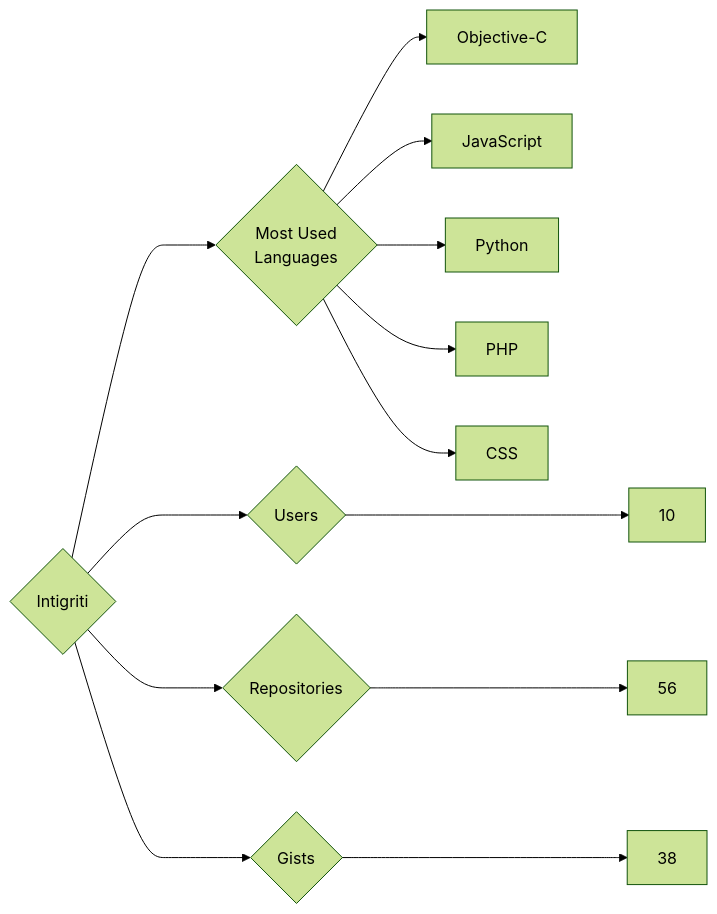
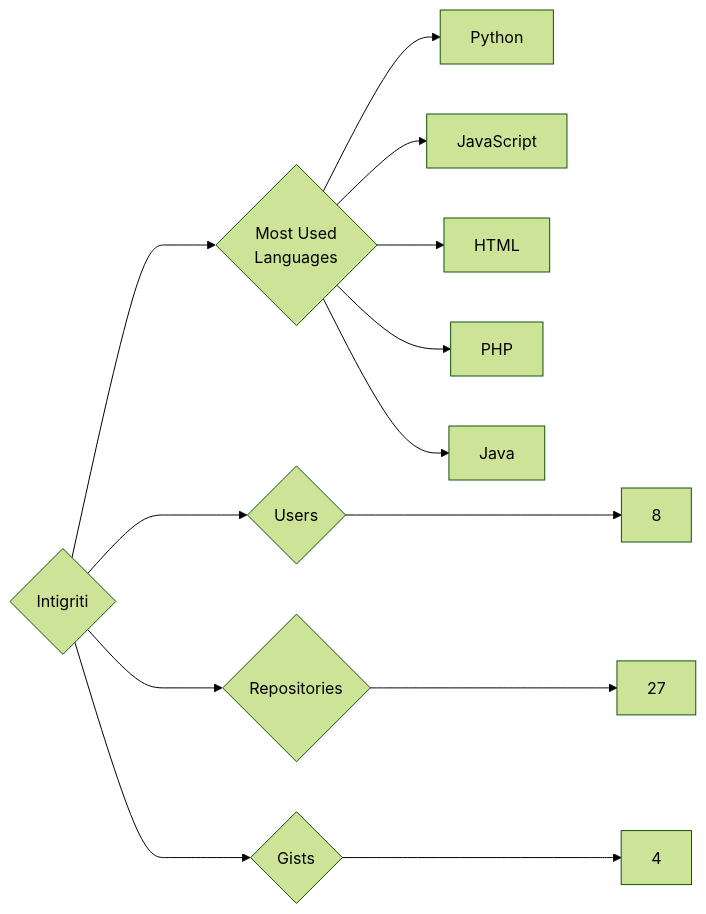
One commit to trickest/insiders changed the diagram in targets/Intigriti/README.md. Above: the diagram before and after it, drawn with Mermaid (forest theme). The commit also changed 752 other files, not shown here.

````diff
--- a/targets/Intigriti/README.md
+++ b/targets/Intigriti/README.md
@@ -3,13 +3,13 @@
 ```mermaid
 graph LR
 COMPANY_NAME{Intigriti}
-COMPANY_NAME ---> U{Users} ---> UN[10]
-COMPANY_NAME ---> R{Repositories} ---> RN[56]
-COMPANY_NAME ---> G{Gists} ---> GN[38]
+COMPANY_NAME ---> U{Users} ---> UN[8]
+COMPANY_NAME ---> R{Repositories} ---> RN[27]
+COMPANY_NAME ---> G{Gists} ---> GN[4]
 COMPANY_NAME ---> ML{Most Used<br>Languages}
-ML --> Objective-C[Objective-C]
+ML --> Python[Python]
 ML --> JavaScript[JavaScript]
-ML --> Python[Python]
+ML --> HTML[HTML]
 ML --> PHP[PHP]
-ML --> CSS[CSS]
+ML --> Java[Java]
 ```
````
